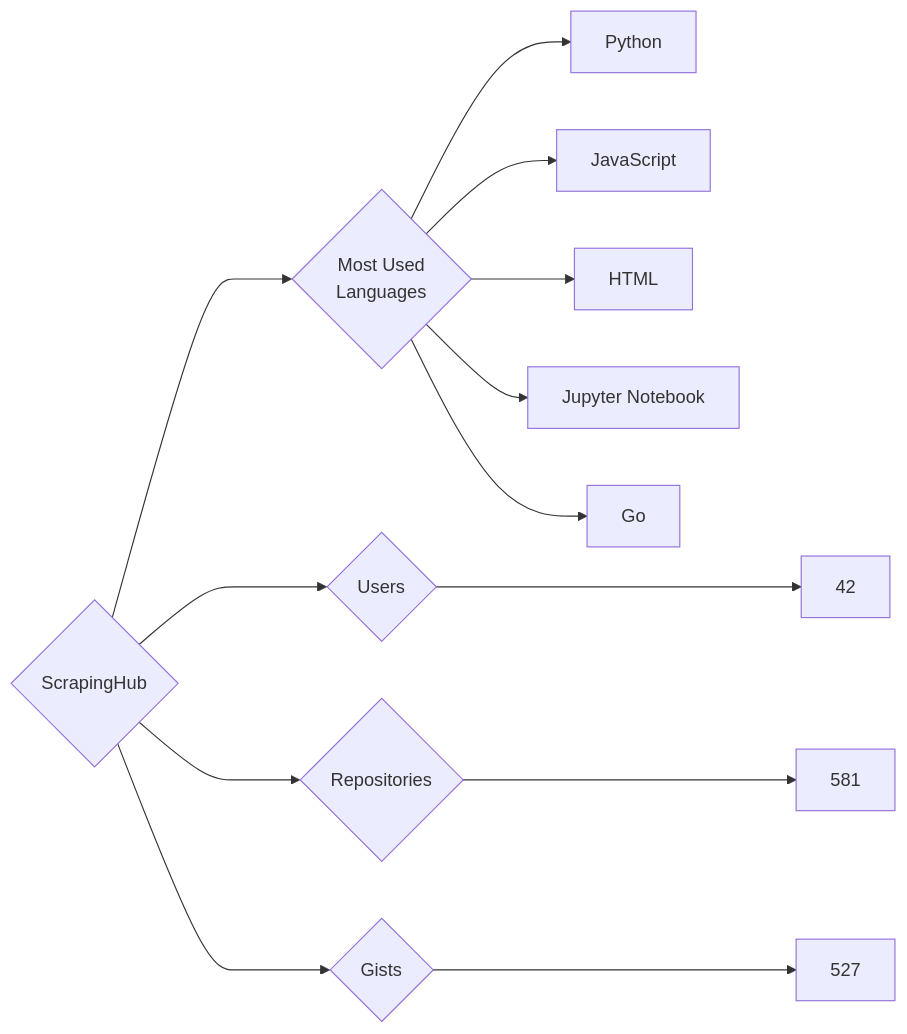
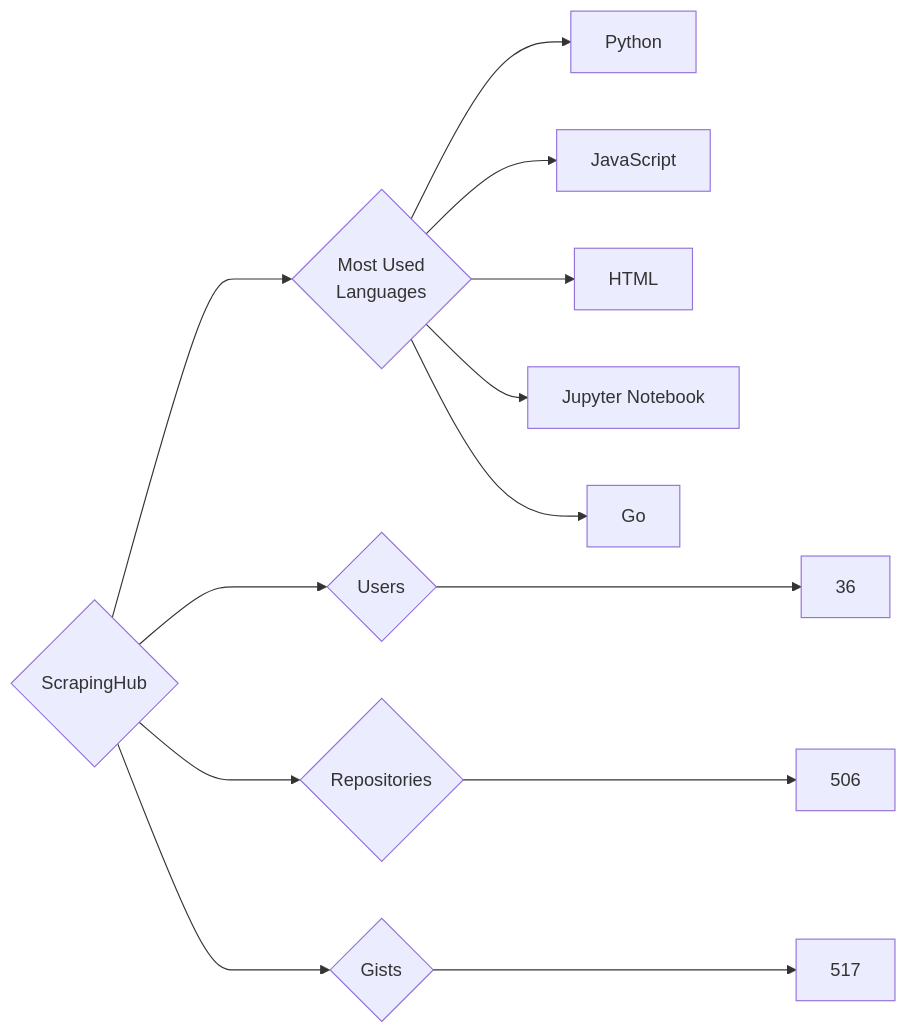
One commit to trickest/insiders changed the diagram in targets/ScrapingHub/README.md. Above: the diagram before and after it, drawn with Mermaid. The commit also changed 955 other files, not shown here.

````diff
--- a/targets/ScrapingHub/README.md
+++ b/targets/ScrapingHub/README.md
@@ -3,13 +3,13 @@
 ```mermaid
 graph LR
 COMPANY_NAME{ScrapingHub}
-COMPANY_NAME ---> U{Users} ---> UN[42]
-COMPANY_NAME ---> R{Repositories} ---> RN[581]
-COMPANY_NAME ---> G{Gists} ---> GN[527]
+COMPANY_NAME ---> U{Users} ---> UN[36]
+COMPANY_NAME ---> R{Repositories} ---> RN[506]
+COMPANY_NAME ---> G{Gists} ---> GN[517]
 COMPANY_NAME ---> ML{Most Used<br>Languages}
 ML --> Python[Python]
 ML --> JavaScript[JavaScript]
 ML --> HTML[HTML]
 ML --> Jupyter_Notebook[Jupyter Notebook]
 ML --> Go[Go]
 ```
````
